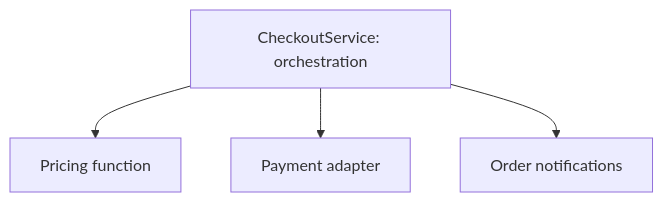
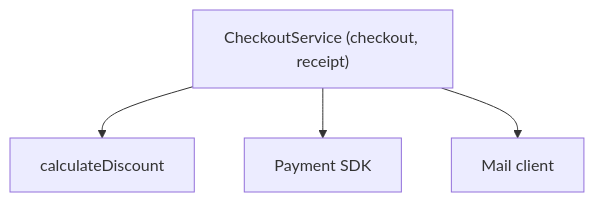
One commit to tarassov/cleany-code changed the second of 2 diagrams in skills/cleany-review/examples/review.md. Above: the diagram before and after it, drawn with Mermaid. The commit also changed other lines of this file and 4 other files, not shown here.

````diff
--- a/skills/cleany-review/examples/review.md
+++ b/skills/cleany-review/examples/review.md
@@ -15,6 +21,6 @@
 ```mermaid
 flowchart TD
- A[CheckoutService: orchestration] --> P[Pricing function]
- A --> B[Payment adapter]
- A --> C[Order notifications]
+ A["CheckoutService (checkout, receipt)"] --> P["calculateDiscount"]
+ A --> B["Payment SDK"]
+ A --> C["Mail client"]
 ```
````
